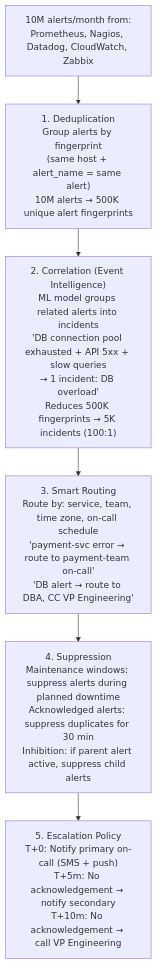
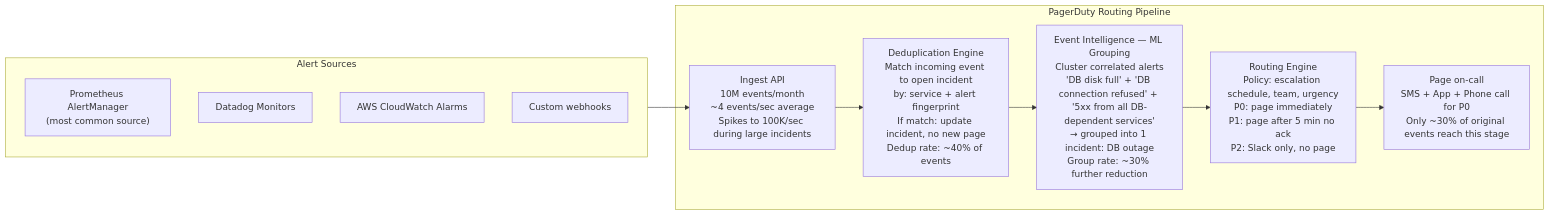
Before and after one commit to gauravprwl14/system-design-course: the tenth of 12 diagrams in docs-site/content/12-interview-prep/question-bank/observability-sre/incident-response-systems.md, drawn with Mermaid. The commit also changed other lines of this file and 3 other files, not shown here.

Commit message:
feat(question-bank): mobile-architecture COMPLETE (offline-first-sync + mobile-app-architecture)

````diff
--- a/docs-site/content/12-interview-prep/question-bank/observability-sre/incident-response-systems.md
+++ b/docs-site/content/12-interview-prep/question-bank/observability-sre/incident-response-systems.md
@@ -338,16 +391,27 @@
 ```mermaid
-graph TD
-  Alerts["10M alerts/month from:\nPrometheus, Nagios, Datadog, CloudWatch, Zabbix"]
+graph LR
+  subgraph Sources["Alert Sources"]
+    Prom["Prometheus AlertManager\n(most common source)"]
+    DD["Datadog Monitors"]
+    CloudWatch["AWS CloudWatch Alarms"]
+    Custom["Custom webhooks"]
+  end
 
-  Dedup["1. Deduplication\nGroup alerts by fingerprint\n(same host + alert_name = same alert)\n10M alerts → 500K unique alert fingerprints"]
+  subgraph PD["PagerDuty Routing Pipeline"]
+    Ingest["Ingest API\n10M events/month\n~4 events/sec average\nSpikes to 100K/sec during large incidents"]
 
-  Correlation["2. Correlation (Event Intelligence)\nML model groups related alerts into incidents\n'DB connection pool exhausted + API 5xx + slow queries\n→ 1 incident: DB overload'\nReduces 500K fingerprints → 5K incidents (100:1)"]
+    Dedup["Deduplication Engine\nMatch incoming event to open incident\nby: service + alert fingerprint\nIf match: update incident, no new page\nDedup rate: ~40% of events"]
 
-  Routing["3. Smart Routing\nRoute by: service, team, time zone, on-call schedule\n'payment-svc error → route to payment-team on-call'\n'DB alert → route to DBA, CC VP Engineering'"]
+    Group["Event Intelligence — ML Grouping\nCluster correlated alerts\n'DB disk full' + 'DB connection refused' + '5xx from all DB-dependent services'\n→ grouped into 1 incident: DB outage\nGroup rate: ~30% further reduction"]
 
-  Suppression["4. Suppression\nMaintenance windows: suppress alerts during planned downtime\nAcknowledged alerts: suppress duplicates for 30 min\nInhibition: if parent alert active, suppress child alerts"]
+    Route["Routing Engine\nPolicy: escalation schedule, team, urgency\nP0: page immediately\nP1: page after 5 min no ack\nP2: Slack only, no page"]
 
-  Escalation["5. Escalation Policy\nT+0: Notify primary on-call (SMS + push)\nT+5m: No acknowledgement → notify secondary\nT+10m: No acknowledgement → call VP Engineering"]
+    Page["Page on-call\nSMS + App + Phone call for P0\nOnly ~30% of original events reach this stage"]
+  end
 
-  Alerts --> Dedup --> Correlation --> Routing --> Suppression --> Escalation
+  Sources --> Ingest
+  Ingest --> Dedup
+  Dedup --> Group
+  Group --> Route
+  Route --> Page
 ```
````
